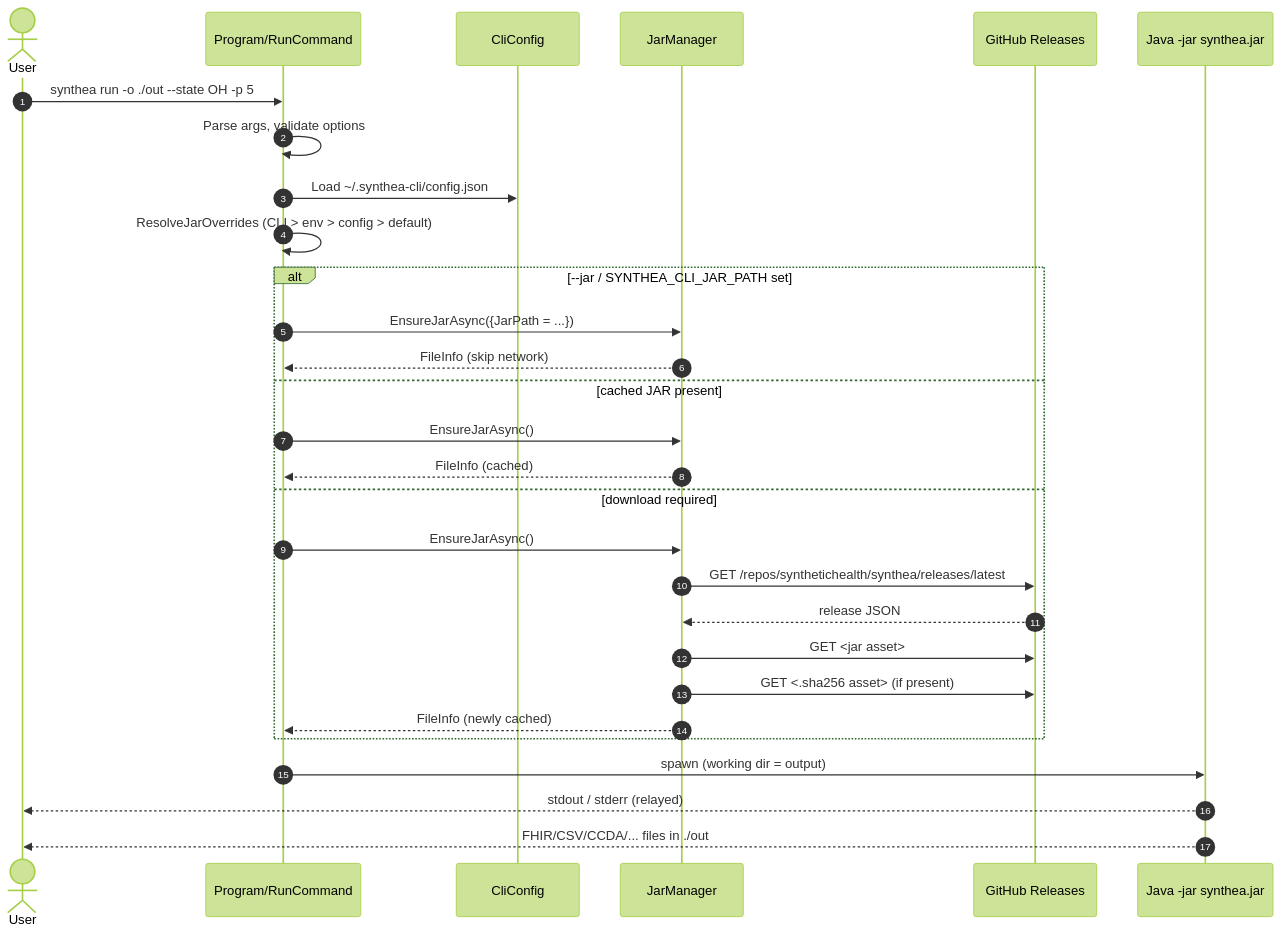
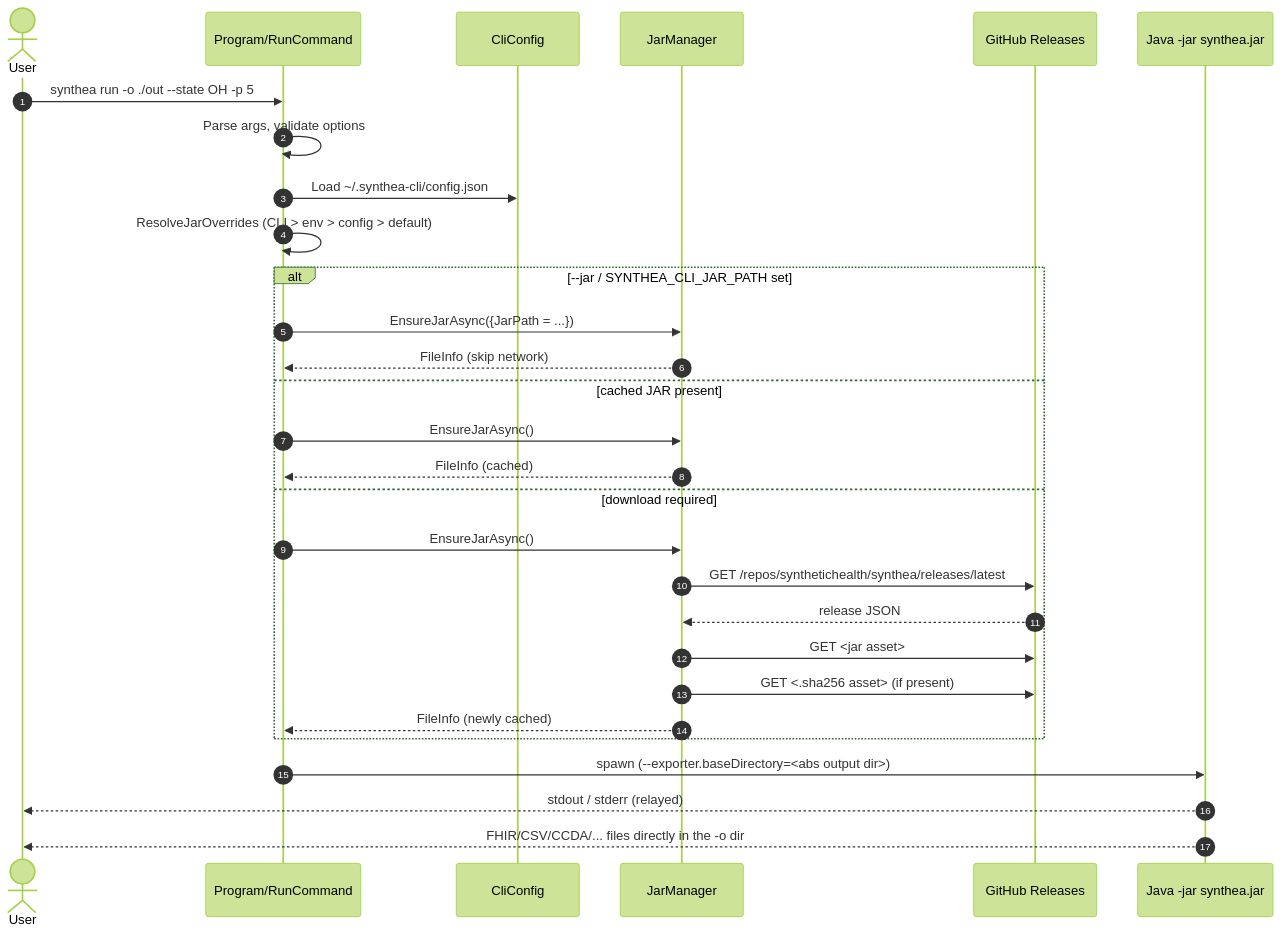
Before and after one commit to Kmanley1/SyntheaCli: the fourth of 4 diagrams in docs/deliverables/Architecture.md, drawn with Mermaid (forest theme). The commit also changed 5 other files, not shown here.

````diff
--- a/docs/deliverables/Architecture.md
+++ b/docs/deliverables/Architecture.md
@@ -132,32 +132,32 @@
 ```mermaid
 sequenceDiagram
     autonumber
     actor User
     participant Cli as Program/RunCommand
     participant Conf as CliConfig
     participant Jar as JarManager
     participant GH as GitHub Releases
     participant Java as Java -jar synthea.jar
 
     User->>Cli: synthea run -o ./out --state OH -p 5
     Cli->>Cli: Parse args, validate options
     Cli->>Conf: Load ~/.synthea-cli/config.json
     Cli->>Cli: ResolveJarOverrides (CLI > env > config > default)
     alt --jar / SYNTHEA_CLI_JAR_PATH set
         Cli->>Jar: EnsureJarAsync({JarPath = ...})
         Jar-->>Cli: FileInfo (skip network)
     else cached JAR present
         Cli->>Jar: EnsureJarAsync()
         Jar-->>Cli: FileInfo (cached)
     else download required
         Cli->>Jar: EnsureJarAsync()
         Jar->>GH: GET /repos/synthetichealth/synthea/releases/latest
         GH-->>Jar: release JSON
         Jar->>GH: GET <jar asset>
         Jar->>GH: GET <.sha256 asset> (if present)
         Jar-->>Cli: FileInfo (newly cached)
     end
-    Cli->>Java: spawn (working dir = output)
+    Cli->>Java: spawn (--exporter.baseDirectory=<abs output dir>)
     Java-->>User: stdout / stderr (relayed)
-    Java-->>User: FHIR/CSV/CCDA/... files in ./out
+    Java-->>User: FHIR/CSV/CCDA/... files directly in the -o dir
 ```
````
